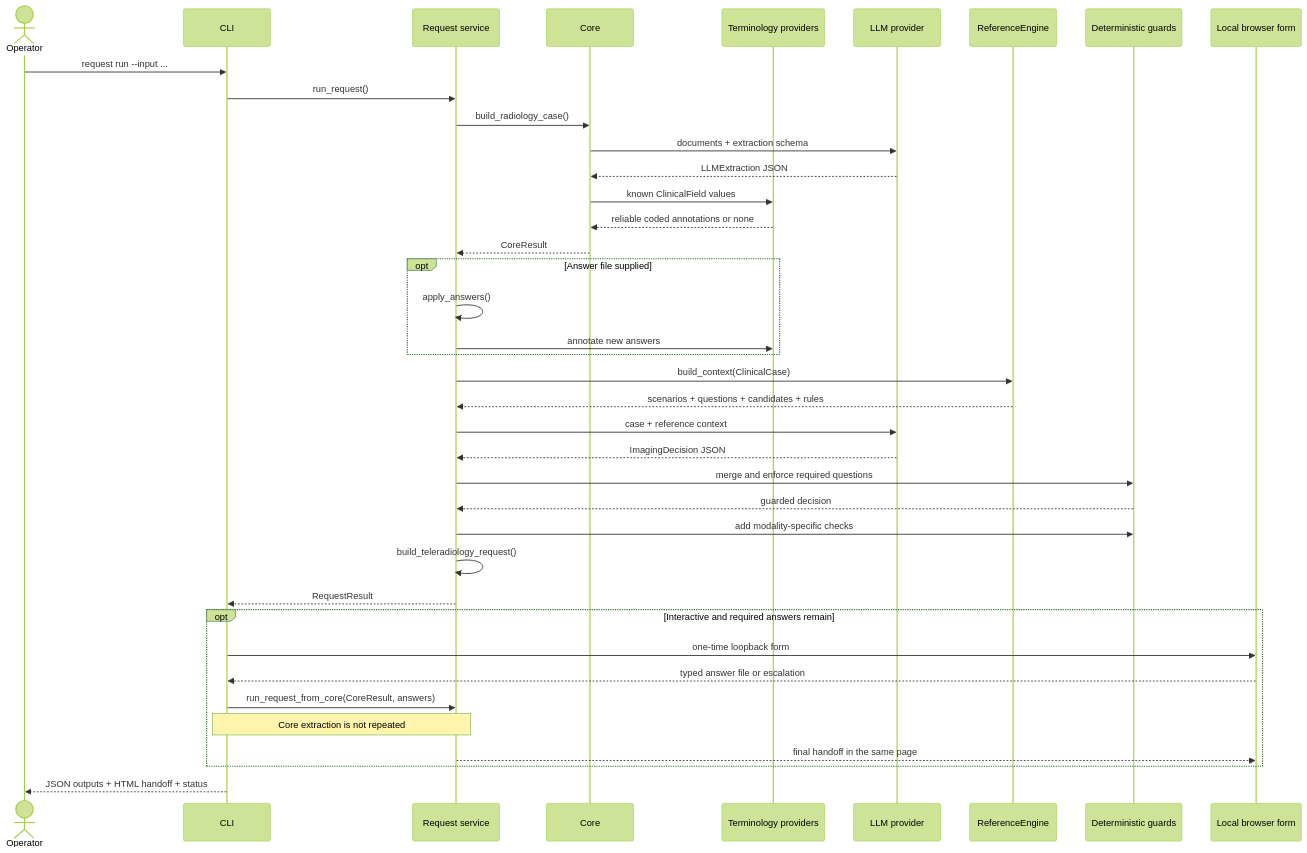
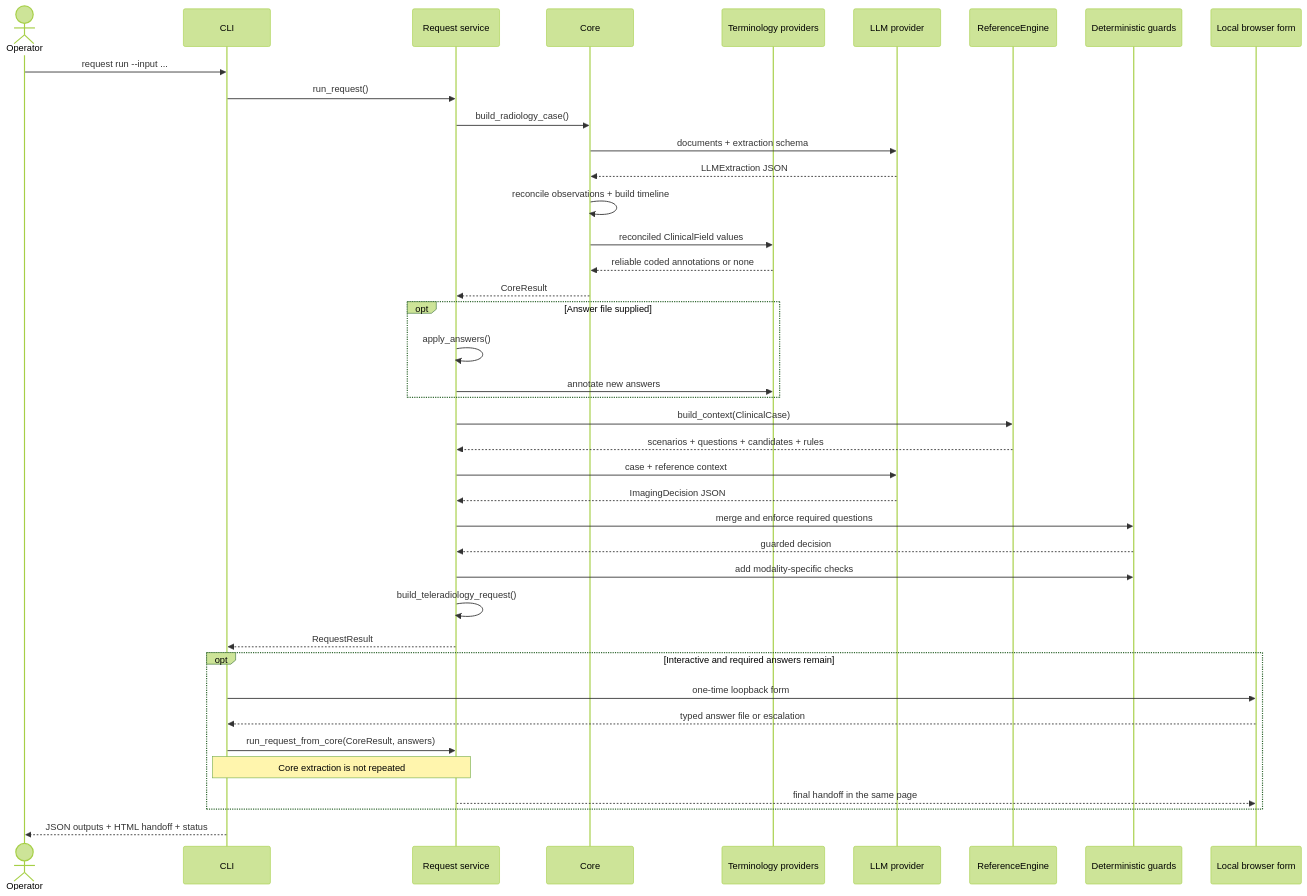
One commit to Thibescobar/bulkinout changed the third of 3 diagrams in docs/architecture.md. Above: the diagram before and after it, drawn with Mermaid (forest theme). The commit also changed other lines of this file and 47 other files, not shown here.

Commit message:
Add clinical reconciliation and timeline

````diff
--- a/docs/architecture.md
+++ b/docs/architecture.md
@@ -109,42 +119,43 @@
 ```mermaid
 sequenceDiagram
     actor Operator
     participant CLI
     participant Service as Request service
     participant Core
     participant Terms as Terminology providers
     participant Model as LLM provider
     participant Ref as ReferenceEngine
     participant Guard as Deterministic guards
     participant Form as Local browser form
 
     Operator->>CLI: request run --input ...
     CLI->>Service: run_request()
     Service->>Core: build_radiology_case()
     Core->>Model: documents + extraction schema
     Model-->>Core: LLMExtraction JSON
-    Core->>Terms: known ClinicalField values
+    Core->>Core: reconcile observations + build timeline
+    Core->>Terms: reconciled ClinicalField values
     Terms-->>Core: reliable coded annotations or none
     Core-->>Service: CoreResult
     opt Answer file supplied
         Service->>Service: apply_answers()
         Service->>Terms: annotate new answers
     end
     Service->>Ref: build_context(ClinicalCase)
     Ref-->>Service: scenarios + questions + candidates + rules
     Service->>Model: case + reference context
     Model-->>Service: ImagingDecision JSON
     Service->>Guard: merge and enforce required questions
     Guard-->>Service: guarded decision
     Service->>Guard: add modality-specific checks
     Service->>Service: build_teleradiology_request()
     Service-->>CLI: RequestResult
     opt Interactive and required answers remain
         CLI->>Form: one-time loopback form
         Form-->>CLI: typed answer file or escalation
         CLI->>Service: run_request_from_core(CoreResult, answers)
         Note over CLI,Service: Core extraction is not repeated
         Service-->>Form: final handoff in the same page
     end
     CLI-->>Operator: JSON outputs + HTML handoff + status
 ```
````
